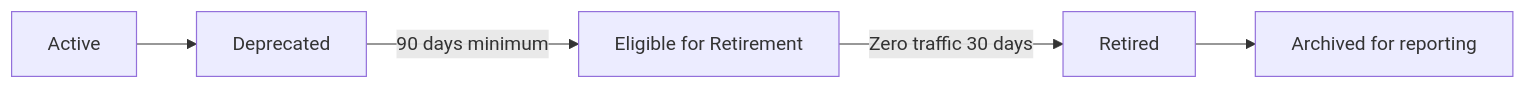
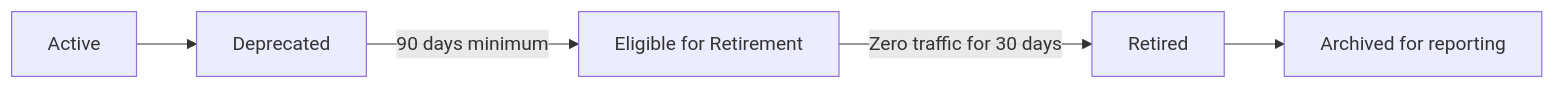
One commit to barbecuesteve/api-governance changed the seventh of 8 diagrams in technical-design.md. Above: the diagram before and after it, drawn with Mermaid. The commit also changed other lines of this file, not shown here.

````diff
--- a/technical-design.md
+++ b/technical-design.md
@@ -306,7 +362,7 @@
 ```mermaid
 flowchart LR
     A[Active] --> B[Deprecated]
     B -->|90 days minimum| C[Eligible for Retirement]
-    C -->|Zero traffic 30 days| D[Retired]
+    C -->|Zero traffic for 30 days| D[Retired]
     D --> E[Archived for reporting]
 ```
````
